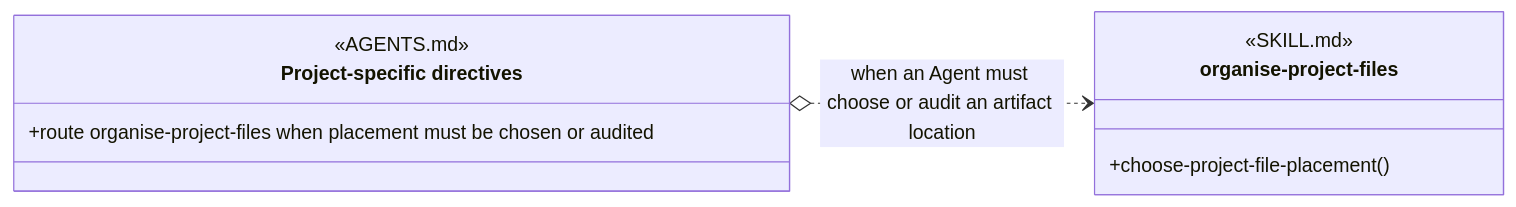
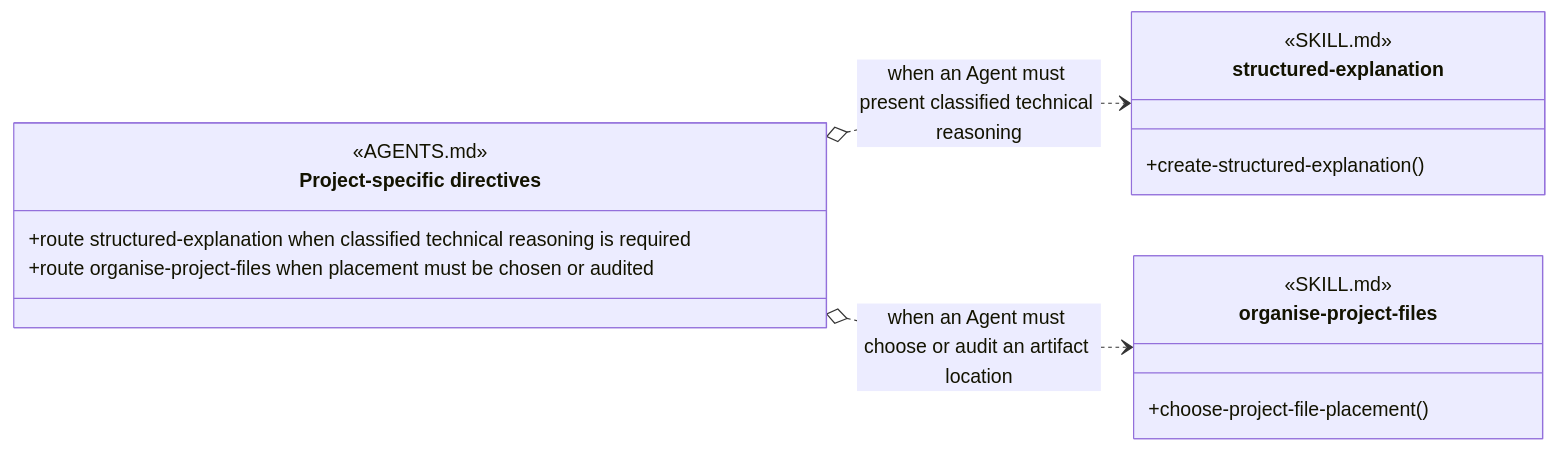
Before and after one commit to martinbechard/dev-methodology: the sixth of 17 diagrams in design/object-oriented-agent-and-skill-model.md, drawn with Mermaid. The commit also changed other lines of this file and 78 other files, not shown here.

````diff
--- a/design/object-oriented-agent-and-skill-model.md
+++ b/design/object-oriented-agent-and-skill-model.md
@@ -251,17 +251,24 @@
 ```mermaid
 classDiagram
     direction LR
 
     class project-specific-directives["Project-specific directives"] {
         <<AGENTS.md>>
         <<routing>>
+        +route structured-explanation when classified technical reasoning is required
         +route organise-project-files when placement must be chosen or audited
+    }
+
+    class structured-explanation {
+        <<SKILL.md>>
+        +create-structured-explanation()
     }
 
     class organise-project-files {
         <<SKILL.md>>
         +choose-project-file-placement()
     }
 
+    project-specific-directives o..> structured-explanation : when an Agent must present classified technical reasoning
     project-specific-directives o..> organise-project-files : when an Agent must choose or audit an artifact location
 ```
````
